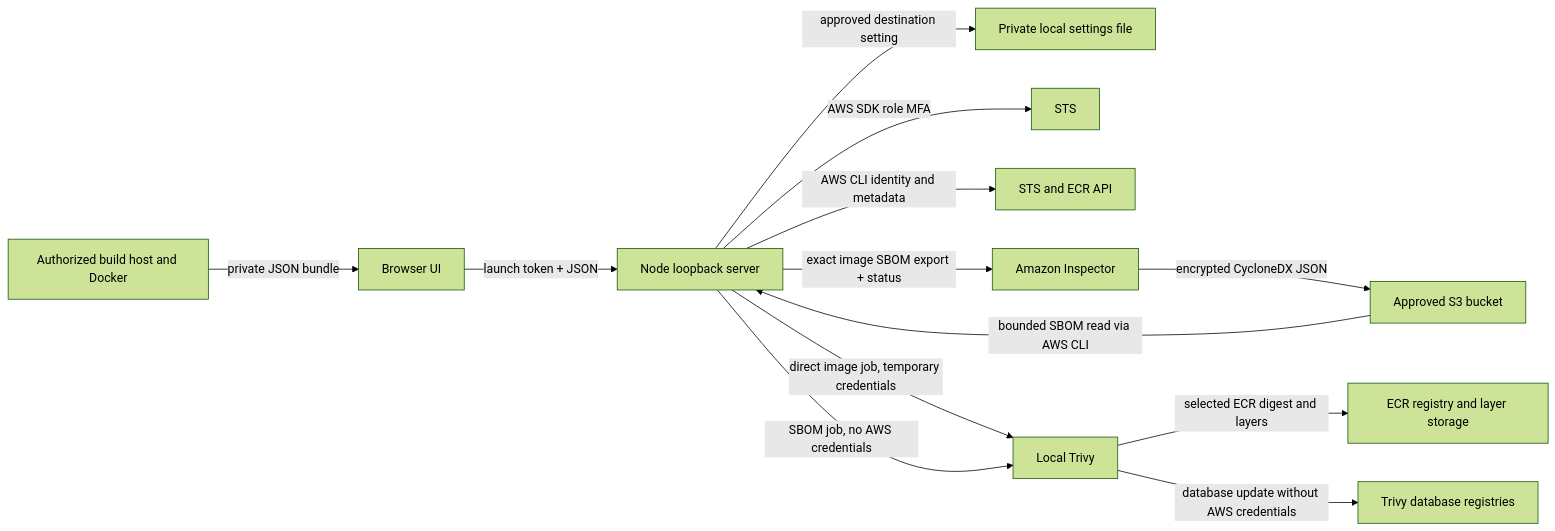
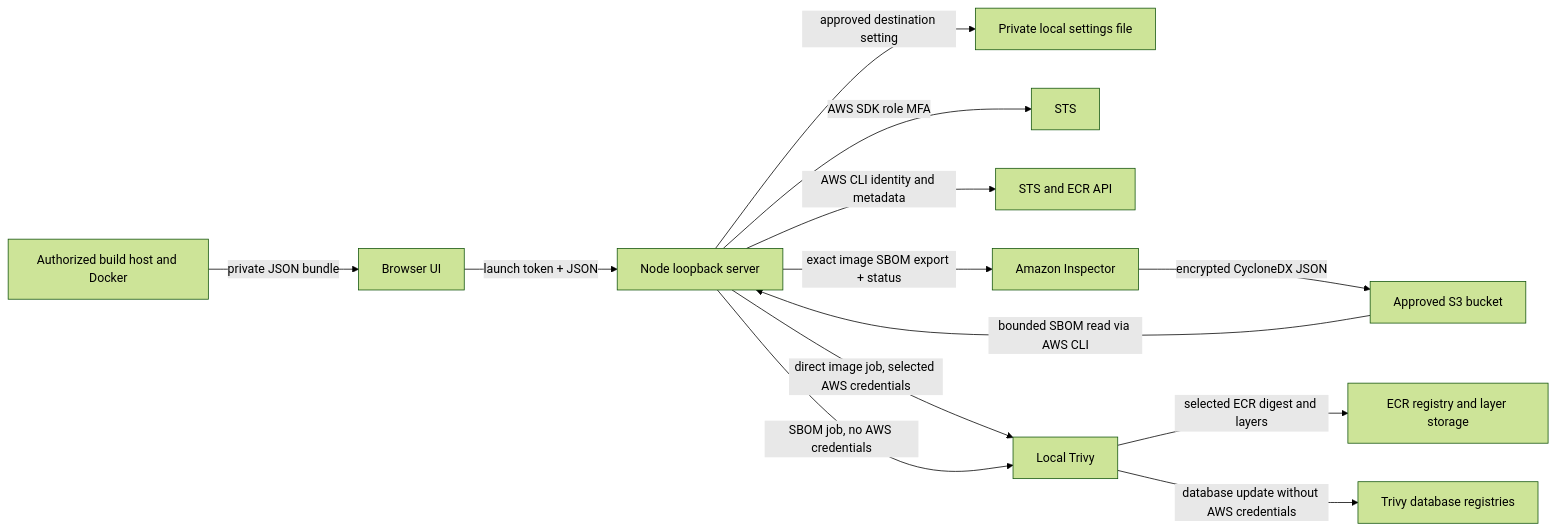
The diagram in docs/ARCHITECTURE.md (jaysonguglietta/ECRSentinel), drawn with Mermaid (forest theme) before and after one commit. The commit also changed other lines of this file and 9 other files, not shown here.

````diff
--- a/docs/ARCHITECTURE.md
+++ b/docs/ARCHITECTURE.md
@@ -7,15 +7,15 @@
 ```mermaid
 flowchart LR
   B[Browser UI] -->|launch token + JSON| N[Node loopback server]
   N -->|approved destination setting| C[Private local settings file]
   N -->|AWS SDK role MFA| S[STS]
   N -->|AWS CLI identity and metadata| A[STS and ECR API]
   N -->|exact image SBOM export + status| I[Amazon Inspector]
   I -->|encrypted CycloneDX JSON| S3[Approved S3 bucket]
   S3 -->|bounded SBOM read via AWS CLI| N
-  N -->|direct image job, temporary credentials| T[Local Trivy]
+  N -->|direct image job, selected AWS credentials| T[Local Trivy]
   T -->|selected ECR digest and layers| E[ECR registry and layer storage]
   T -->|database update without AWS credentials| D[Trivy database registries]
   H[Authorized build host and Docker] -->|private JSON bundle| B
   N -->|SBOM job, no AWS credentials| T
 ```
````
